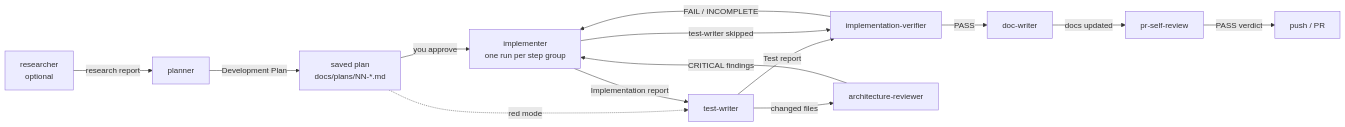
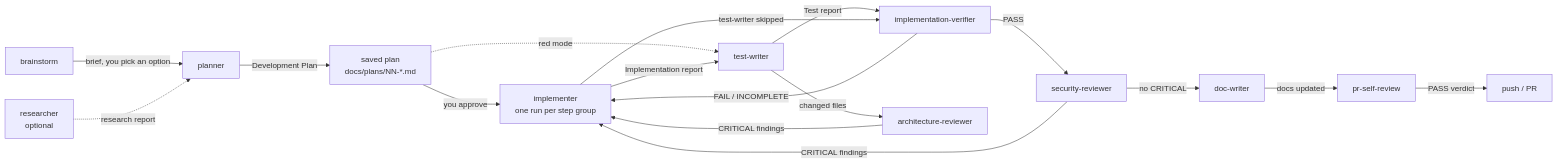
Before and after one commit to artemmmon/dev-digest: the diagram in .claude/agents/README.md, drawn with Mermaid. The commit also changed other lines of this file and 7 other files, not shown here.

First line of the commit message:
feat: brainstorm and security-reviewer agents in the feature flow

````diff
--- a/.claude/agents/README.md
+++ b/.claude/agents/README.md
@@ -51,16 +58,19 @@
 ```mermaid
 flowchart LR
-  R[researcher<br/>optional] -->|research report| P[planner]
+  B[brainstorm] -->|brief, you pick an option| P[planner]
+  R[researcher<br/>optional] -.->|research report| P
   P -->|Development Plan| S[saved plan<br/>docs/plans/NN-*.md]
   S -->|you approve| I[implementer<br/>one run per step group]
   S -.->|red mode| TW[test-writer]
   I -->|Implementation report| TW
   TW -->|Test report| PV[implementation-verifier]
   TW -->|changed files| AR[architecture-reviewer]
   I -->|test-writer skipped| PV
   AR -->|CRITICAL findings| I
   PV -->|FAIL / INCOMPLETE| I
-  PV -->|PASS| DW[doc-writer]
+  PV -->|PASS| SEC[security-reviewer]
+  SEC -->|CRITICAL findings| I
+  SEC -->|no CRITICAL| DW[doc-writer]
   DW -->|docs updated| SR[pr-self-review]
   SR -->|PASS verdict| PUSH[push / PR]
 ```
````
